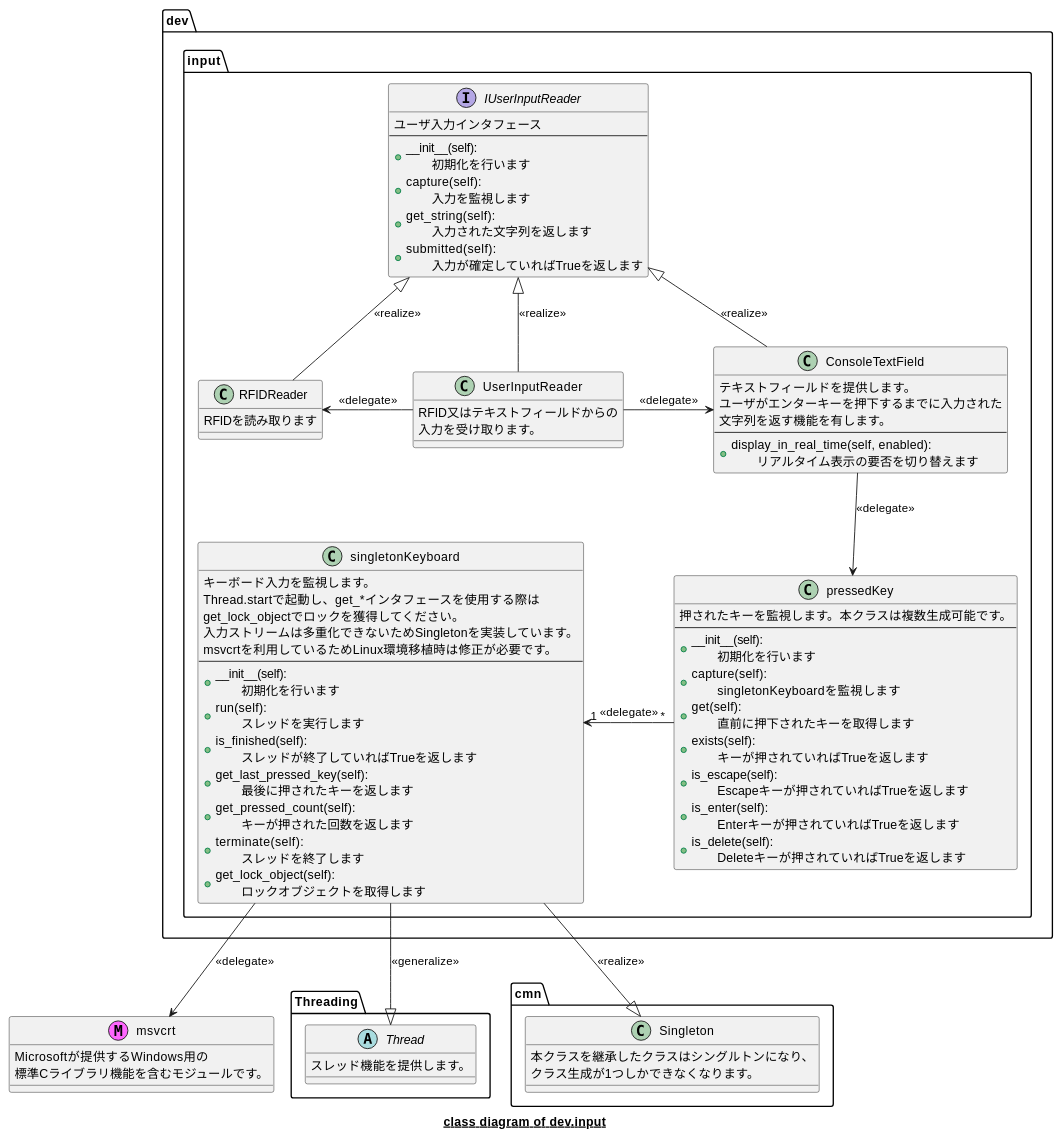
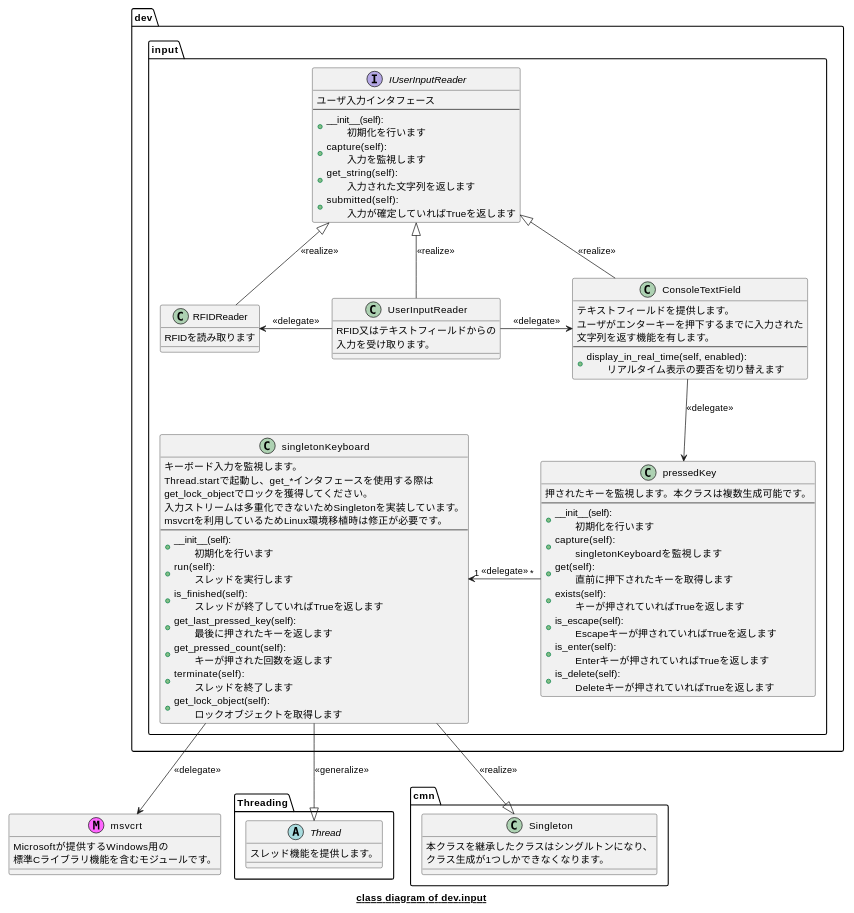
One commit to A-Yasue/EquipmentBookingSystem changed the third of 6 diagrams in doc/design.md. Above: the diagram before and after it, drawn with PlantUML. The commit also changed other lines of this file and 1 other file, not shown here.

````diff
--- a/doc/design.md
+++ b/doc/design.md
@@ -152,4 +190,5 @@
 ```plantuml
+scale 0.8
 
 package dev.input{
     interface IUserInputReader{
````
